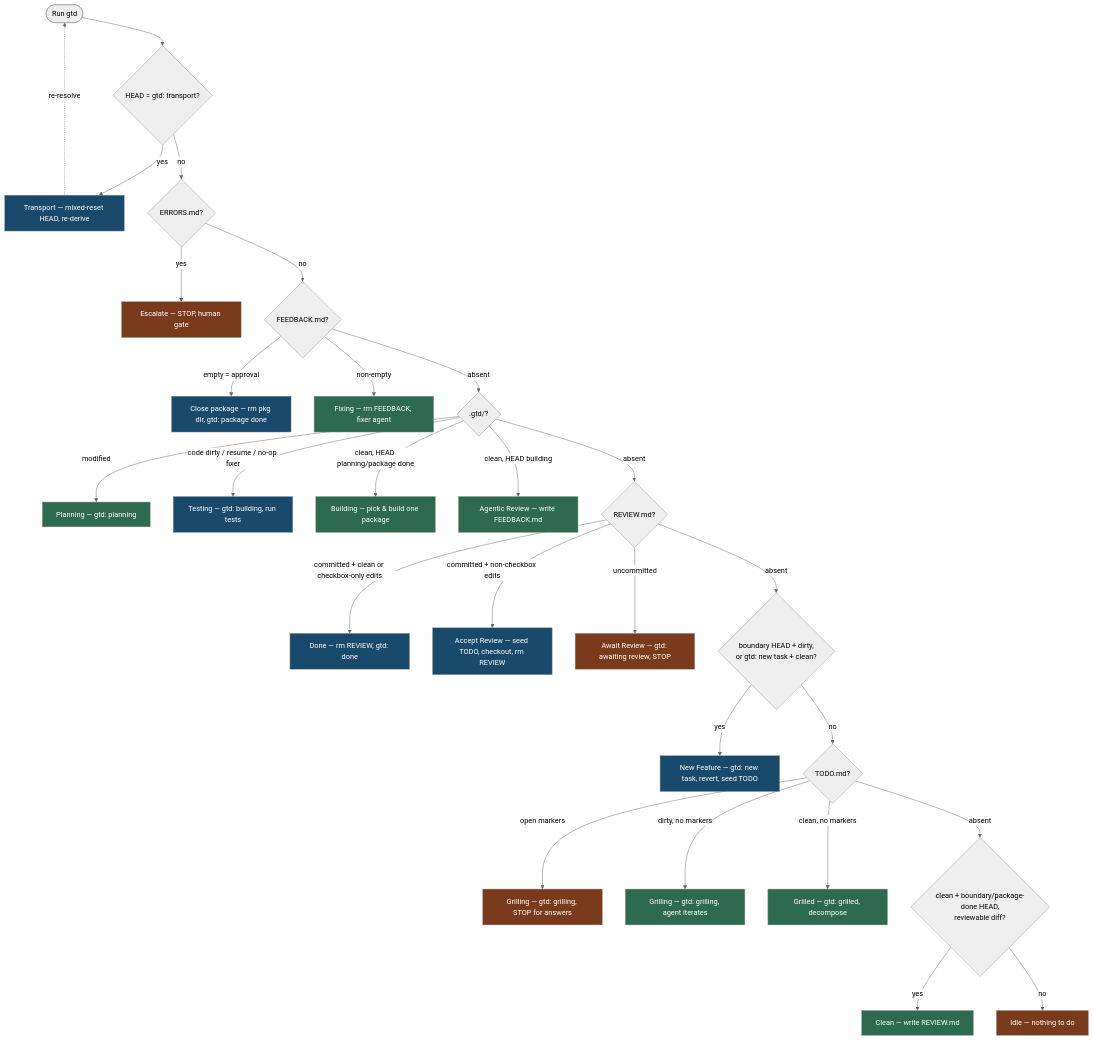
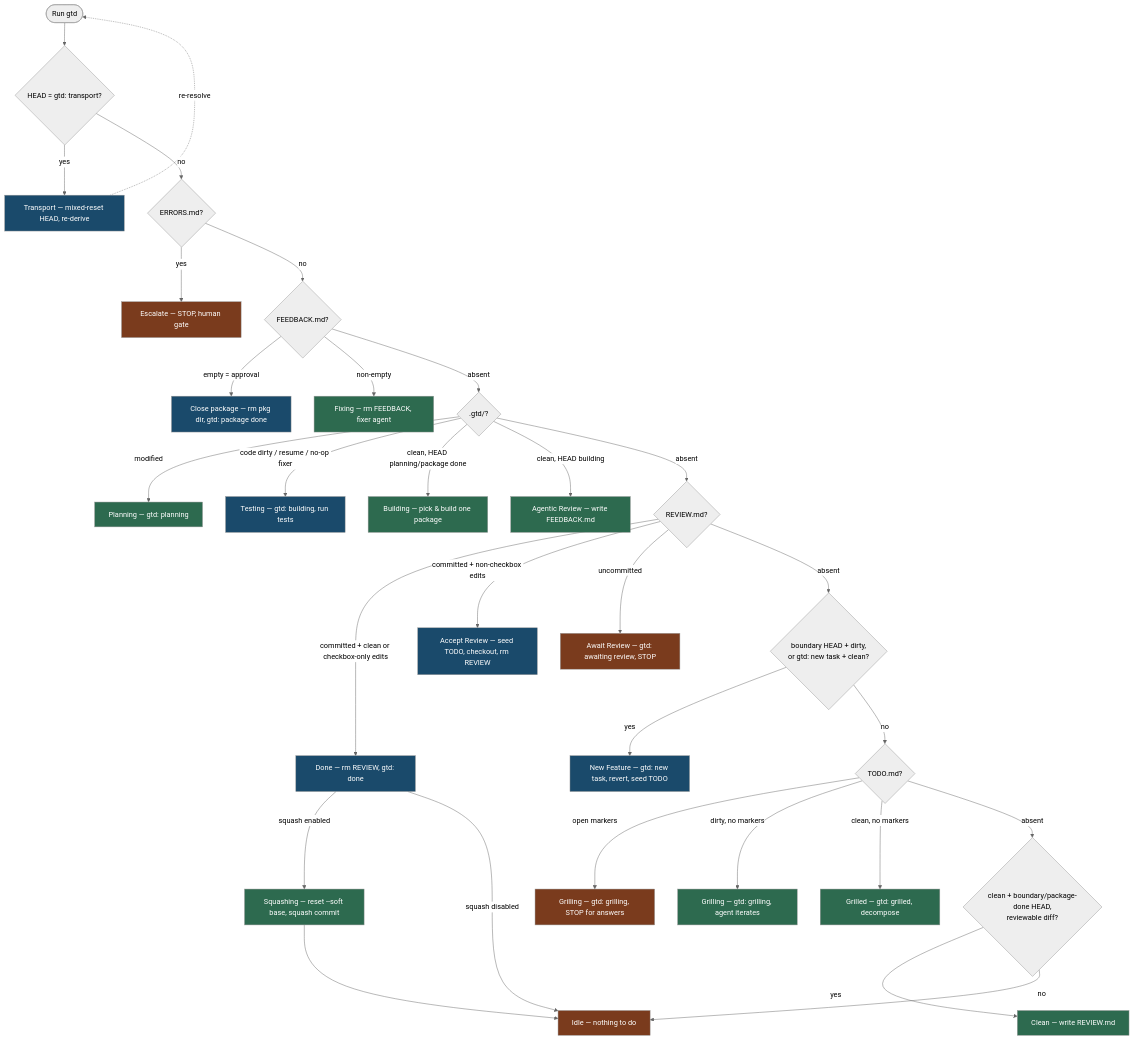
Before and after one commit to pmelab/gtd: the diagram in README.md, drawn with Mermaid (neutral theme). The commit also changed other lines of this file and 3 other files, not shown here.

````diff
--- a/README.md
+++ b/README.md
@@ -147,32 +148,35 @@
 ```mermaid
 flowchart TD
     Start([Run gtd]) --> P0{"HEAD = gtd: transport?"}
     P0 -->|yes| Transport["Transport — mixed-reset HEAD, re-derive"]:::edge
     Transport -.->|re-resolve| Start
     P0 -->|no| P1{"ERRORS.md?"}
     P1 -->|yes| Escalate["Escalate — STOP, human gate"]:::gate
     P1 -->|no| P2{"FEEDBACK.md?"}
     P2 -->|"empty = approval"| Close["Close package — rm pkg dir, gtd: package done"]:::edge
     P2 -->|"non-empty"| Fixing["Fixing — rm FEEDBACK, fixer agent"]:::agent
     P2 -->|absent| P3{".gtd/?"}
     P3 -->|"modified"| Planning["Planning — gtd: planning"]:::agent
     P3 -->|"code dirty / resume / no-op fixer"| Testing["Testing — gtd: building, run tests"]:::edge
     P3 -->|"clean, HEAD planning/package done"| Building["Building — pick & build one package"]:::agent
     P3 -->|"clean, HEAD building"| Review["Agentic Review — write FEEDBACK.md"]:::agent
     P3 -->|absent| P4{"REVIEW.md?"}
     P4 -->|"committed + clean or checkbox-only edits"| Done["Done — rm REVIEW, gtd: done"]:::edge
     P4 -->|"committed + non-checkbox edits"| Accept["Accept Review — seed TODO, checkout, rm REVIEW"]:::edge
     P4 -->|"uncommitted"| Await["Await Review — gtd: awaiting review, STOP"]:::gate
     P4 -->|absent| P5{"boundary HEAD + dirty,<br/>or gtd: new task + clean?"}
+    Done -->|"squash enabled"| Squashing["Squashing — reset --soft base, squash commit"]:::agent
+    Done -->|"squash disabled"| Idle
+    Squashing --> Idle["Idle — nothing to do"]:::gate
     P5 -->|yes| NewFeature["New Feature — gtd: new task, revert, seed TODO"]:::edge
     P5 -->|no| P6{"TODO.md?"}
     P6 -->|"open markers"| GrillStop["Grilling — gtd: grilling, STOP for answers"]:::gate
     P6 -->|"dirty, no markers"| GrillIter["Grilling — gtd: grilling, agent iterates"]:::agent
     P6 -->|"clean, no markers"| Grilled["Grilled — gtd: grilled, decompose"]:::agent
     P6 -->|absent| P7{"clean + boundary/package-done HEAD,<br/>reviewable diff?"}
     P7 -->|yes| CleanState["Clean — write REVIEW.md"]:::agent
-    P7 -->|no| Idle["Idle — nothing to do"]:::gate
+    P7 -->|no| Idle
     classDef edge fill:#1a4a6b,color:#fff
     classDef agent fill:#2d6a4f,color:#fff
     classDef gate fill:#7a3b1d,color:#fff
 ```
````
